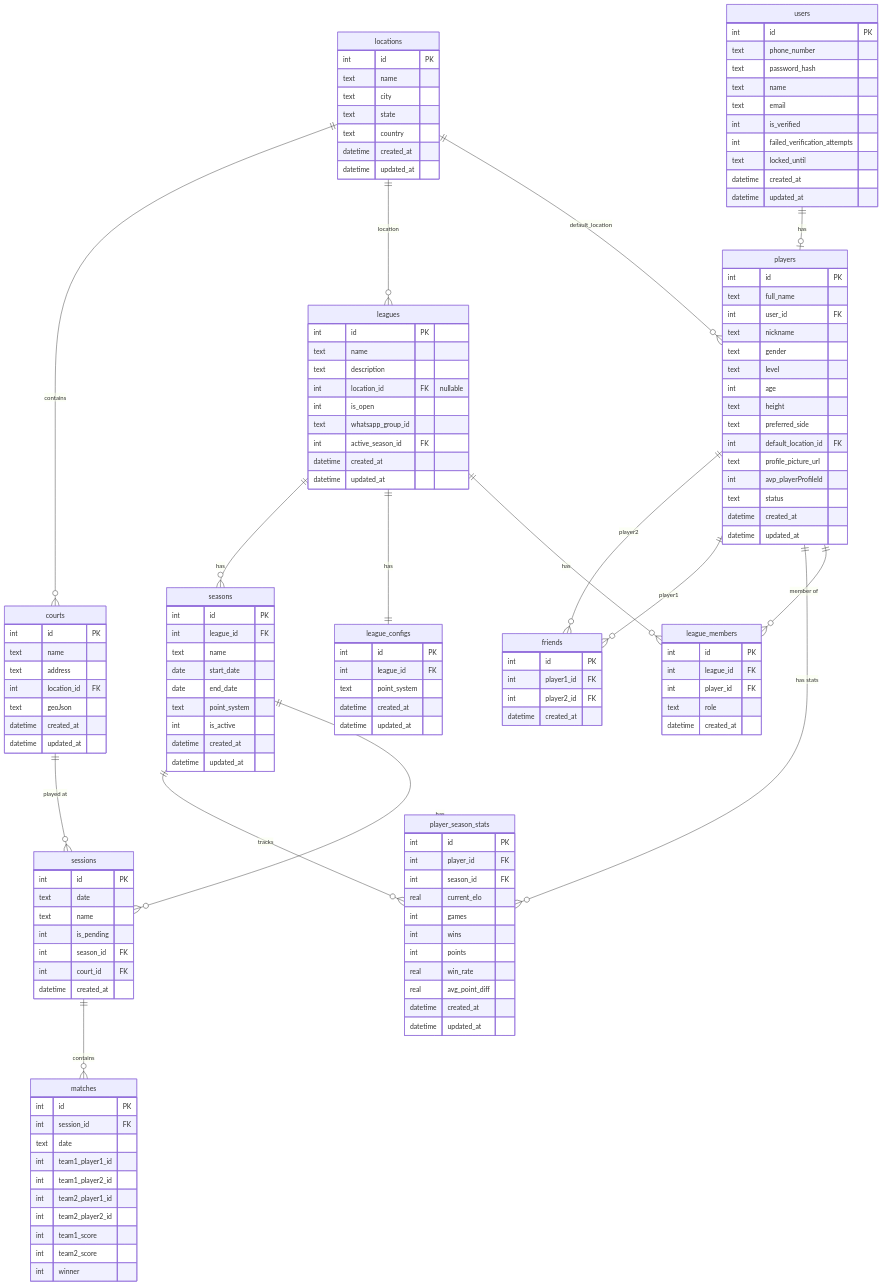
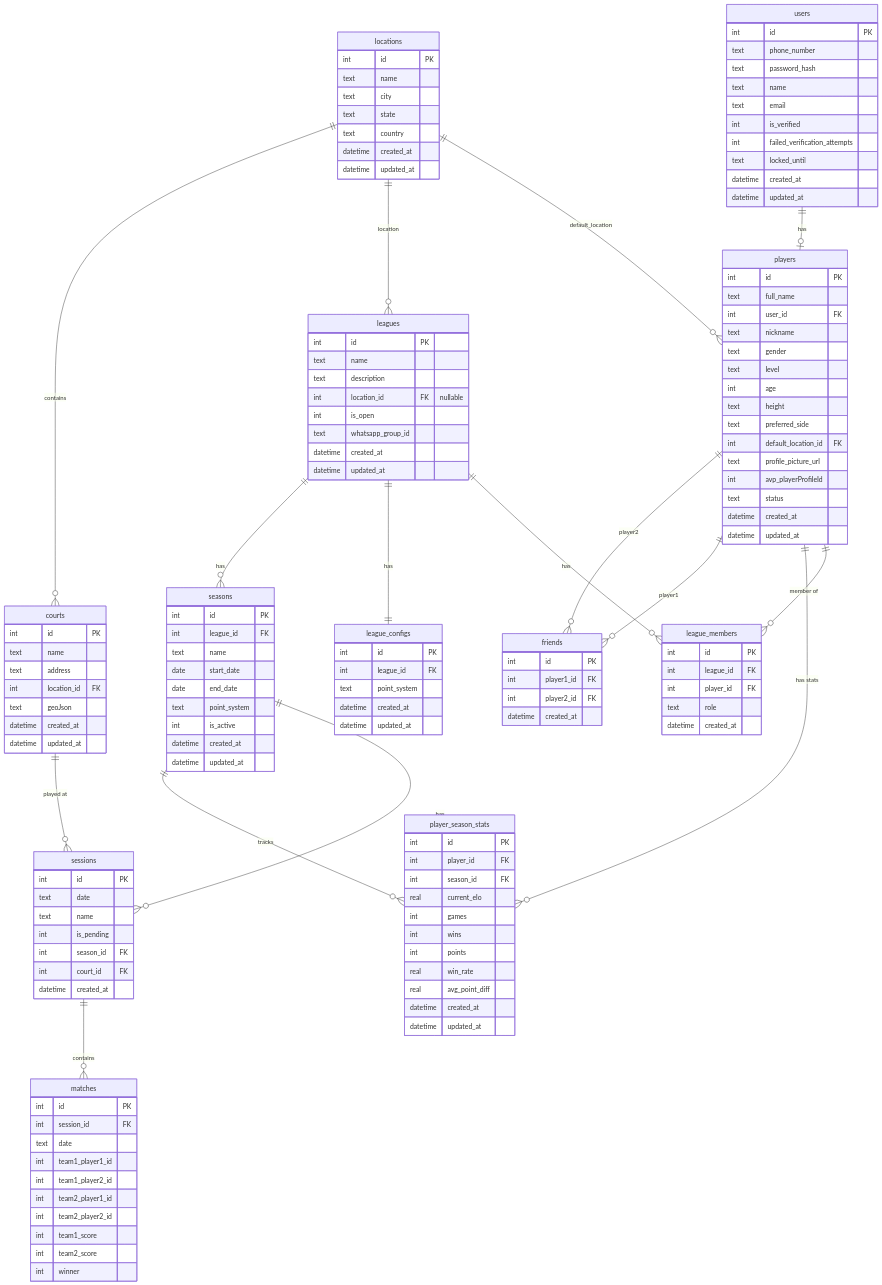
Before and after one commit to pschwagler/beach-kings: the diagram in DATABASE_SCHEMA.md, drawn with Mermaid. The commit also changed other lines of this file and 62 other files, not shown here.

```diff
--- a/DATABASE_SCHEMA.md
+++ b/DATABASE_SCHEMA.md
@@ -58,7 +58,6 @@
         int location_id FK "nullable"
         int is_open
         text whatsapp_group_id
-        int active_season_id FK
         datetime created_at
         datetime updated_at
     }
```
